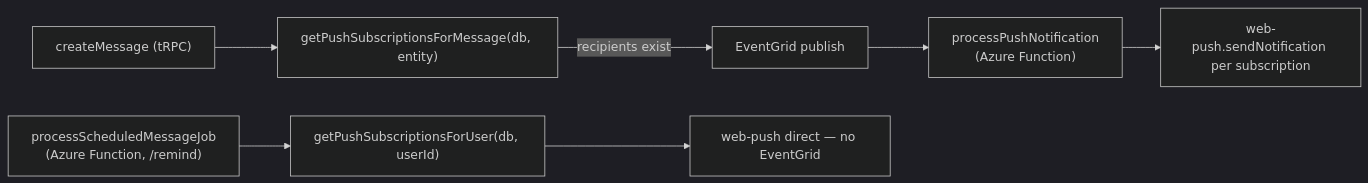
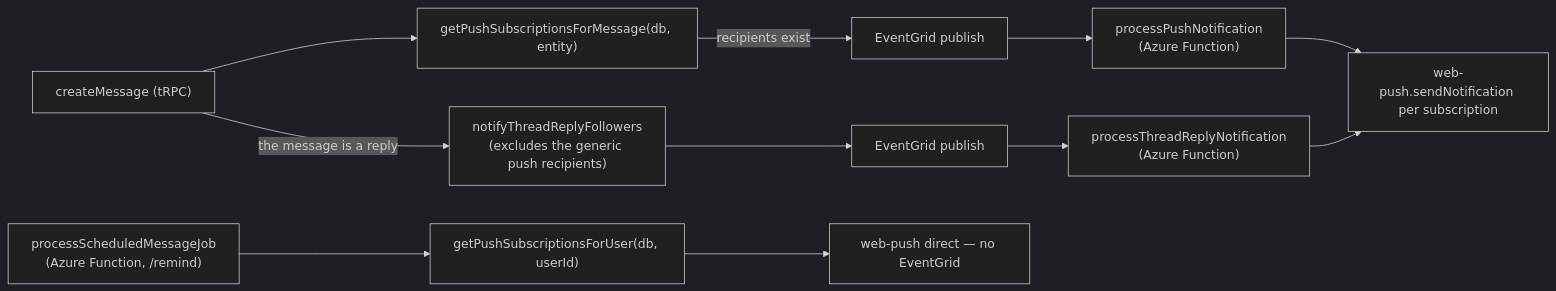
Before and after one commit to Esposter/Esposter: the diagram in packages/app/content/docs/esbabbler/push-notifications.md, drawn with Mermaid (dark theme). The commit also changed other lines of this file and 8 other files, not shown here.

````diff
--- a/packages/app/content/docs/esbabbler/push-notifications.md
+++ b/packages/app/content/docs/esbabbler/push-notifications.md
@@ -12,10 +12,15 @@
 ```mermaid
 flowchart LR
   CM["createMessage (tRPC)"] --> F["getPushSubscriptionsForMessage(db, entity)"]
   F -->|"recipients exist"| EG["EventGrid publish"]
   EG --> FN["processPushNotification<br/>(Azure Function)"]
   FN --> WP["web-push.sendNotification per subscription"]
 
+  CM -->|"the message is a reply"| TF["notifyThreadReplyFollowers<br/>(excludes the generic push recipients)"]
+  TF --> EG2["EventGrid publish"]
+  EG2 --> FN2["processThreadReplyNotification<br/>(Azure Function)"]
+  FN2 --> WP
+
   SMJ["processScheduledMessageJob<br/>(Azure Function, /remind)"] --> FU["getPushSubscriptionsForUser(db, userId)"]
   FU --> WP2["web-push direct — no EventGrid"]
 ```
````
